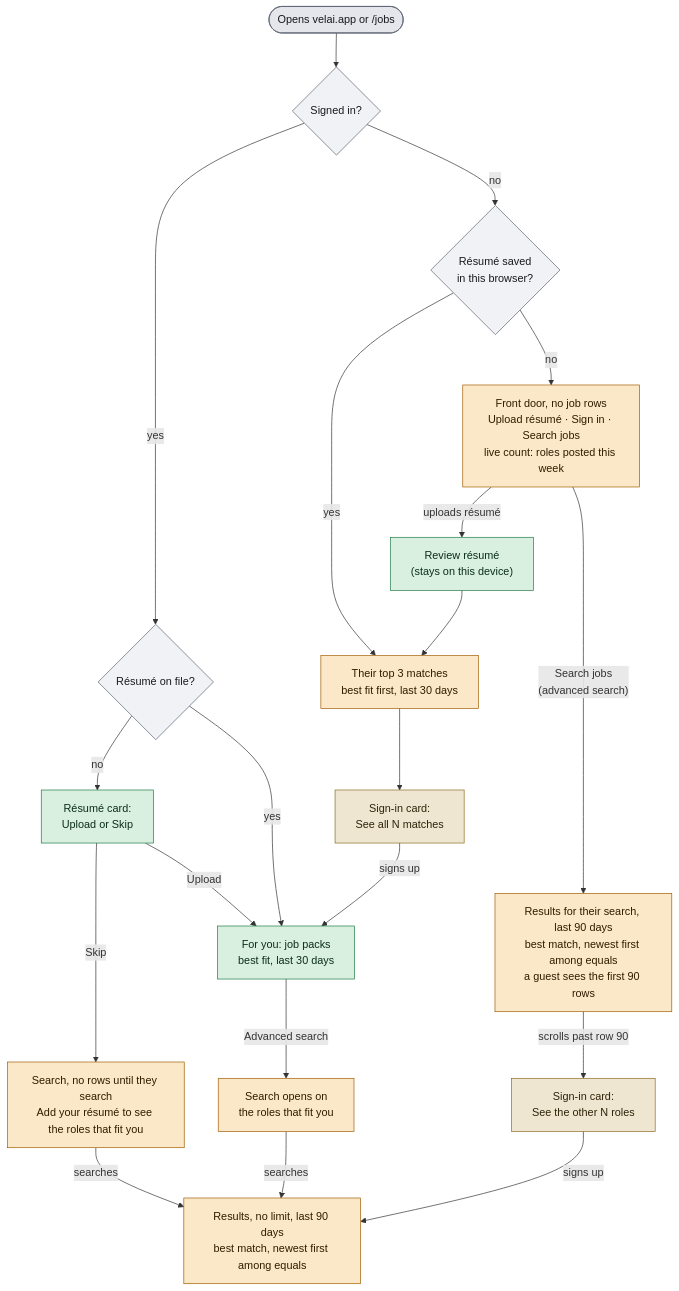
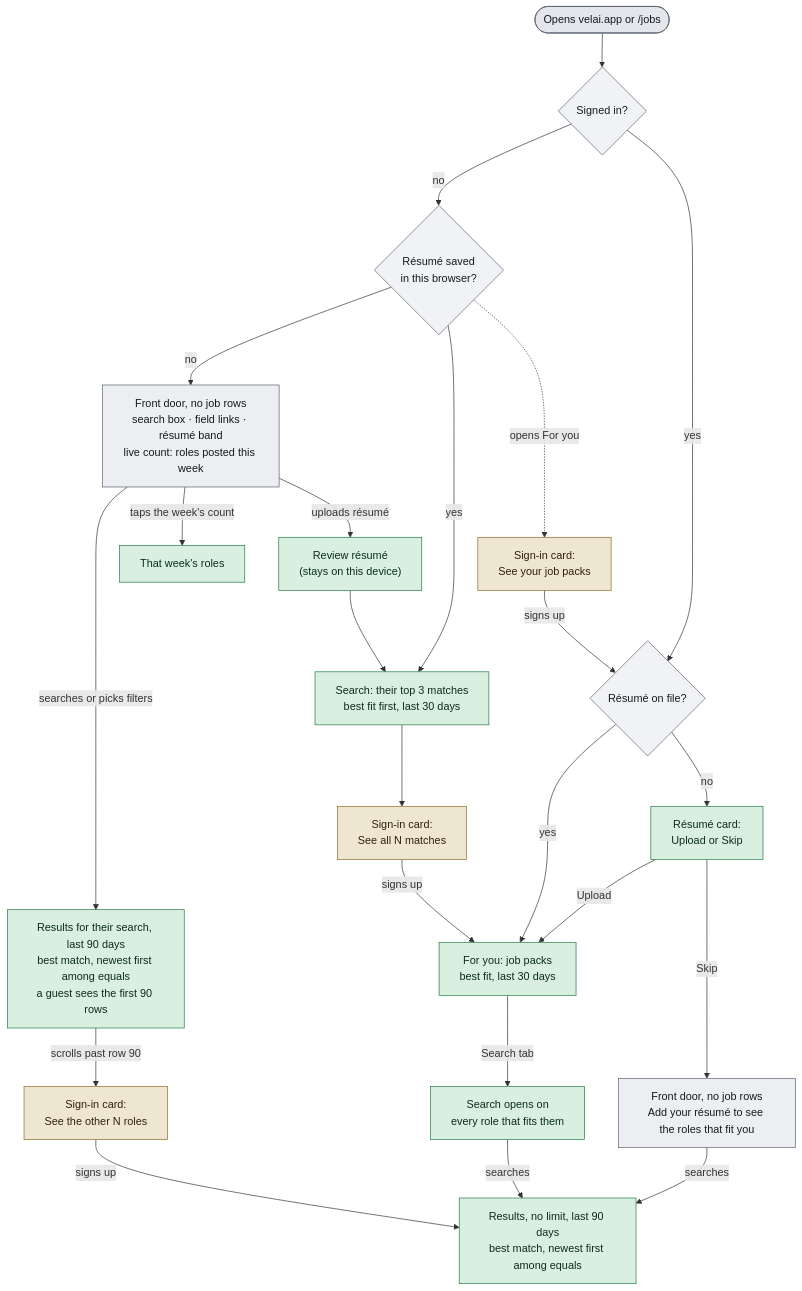
The diagram in tests/journeys/MAP.md (vvknyn/intervu), drawn with Mermaid before and after one commit. The commit also changed other lines of this file, not shown here.

First line of the commit message:
docs(journeys): describe where job lists appear after release 16

````diff
--- a/tests/journeys/MAP.md
+++ b/tests/journeys/MAP.md
@@ -41,27 +16,30 @@
 ```mermaid
 flowchart TD
   A([Opens velai.app or /jobs]):::entry --> B{Signed in?}
   B -- no --> C{Résumé saved<br/>in this browser?}
-  C -- no --> D["Front door, no job rows<br/>Upload résumé · Sign in · Search jobs<br/>live count: roles posted this week"]:::new
+  C -- no --> D["Front door, no job rows<br/>search box · field links · résumé band<br/>live count: roles posted this week"]:::door
   C -- yes --> I
-  D -- uploads résumé --> R["Review résumé<br/>(stays on this device)"]:::same --> I["Their top 3 matches<br/>best fit first, last 30 days"]:::new
+  D -- uploads résumé --> R["Review résumé<br/>(stays on this device)"]:::ok --> I["Search: their top 3 matches<br/>best fit first, last 30 days"]:::ok
   I --> G2["Sign-in card:<br/>See all N matches"]:::gate
-  D -- Search jobs<br/>(advanced search) --> F["Results for their search, last 90 days<br/>best match, newest first among equals<br/>a guest sees the first 90 rows"]:::new
+  D -- taps the week's count --> W["That week's roles"]:::ok
+  D -- searches or picks filters --> F["Results for their search, last 90 days<br/>best match, newest first among equals<br/>a guest sees the first 90 rows"]:::ok
   F -- scrolls past row 90 --> G1["Sign-in card:<br/>See the other N roles"]:::gate
+  C -. opens For you .-> G3["Sign-in card:<br/>See your job packs"]:::gate
   B -- yes --> J{Résumé on file?}
-  J -- no --> K["Résumé card:<br/>Upload or Skip"]:::same
-  K -- Skip --> L["Search, no rows until they search<br/>Add your résumé to see the roles that fit you"]:::new
+  J -- no --> K["Résumé card:<br/>Upload or Skip"]:::ok
+  K -- Skip --> L["Front door, no job rows<br/>Add your résumé to see the roles that fit you"]:::door
   K -- Upload --> M
-  J -- yes --> M["For you: job packs<br/>best fit, last 30 days"]:::same
-  M -- Advanced search --> N["Search opens on<br/>the roles that fit you"]:::new
-  L -- searches --> F2["Results, no limit, last 90 days<br/>best match, newest first among equals"]:::new
+  J -- yes --> M["For you: job packs<br/>best fit, last 30 days"]:::ok
+  M -- Search tab --> N["Search opens on<br/>every role that fits them"]:::ok
+  L -- searches --> F2["Results, no limit, last 90 days<br/>best match, newest first among equals"]:::ok
   N -- searches --> F2
   G1 -- signs up --> F2
   G2 -- signs up --> M
+  G3 -- signs up --> J
   classDef gate fill:#efe6d2,stroke:#8a6a1f,color:#2e2308
   classDef entry fill:#e4e6ec,stroke:#5a6070,color:#17191e
-  classDef new fill:#fbe8c8,stroke:#a15c00,color:#2f1c00
-  classDef same fill:#d9efe0,stroke:#1f7a44,color:#0b2e19
+  classDef door fill:#eceef2,stroke:#5a6070,color:#17191e
+  classDef ok fill:#d9efe0,stroke:#1f7a44,color:#0b2e19
   classDef q fill:#f1f2f5,stroke:#5a6070,color:#17191e
   class B,C,J q
 ```
````
